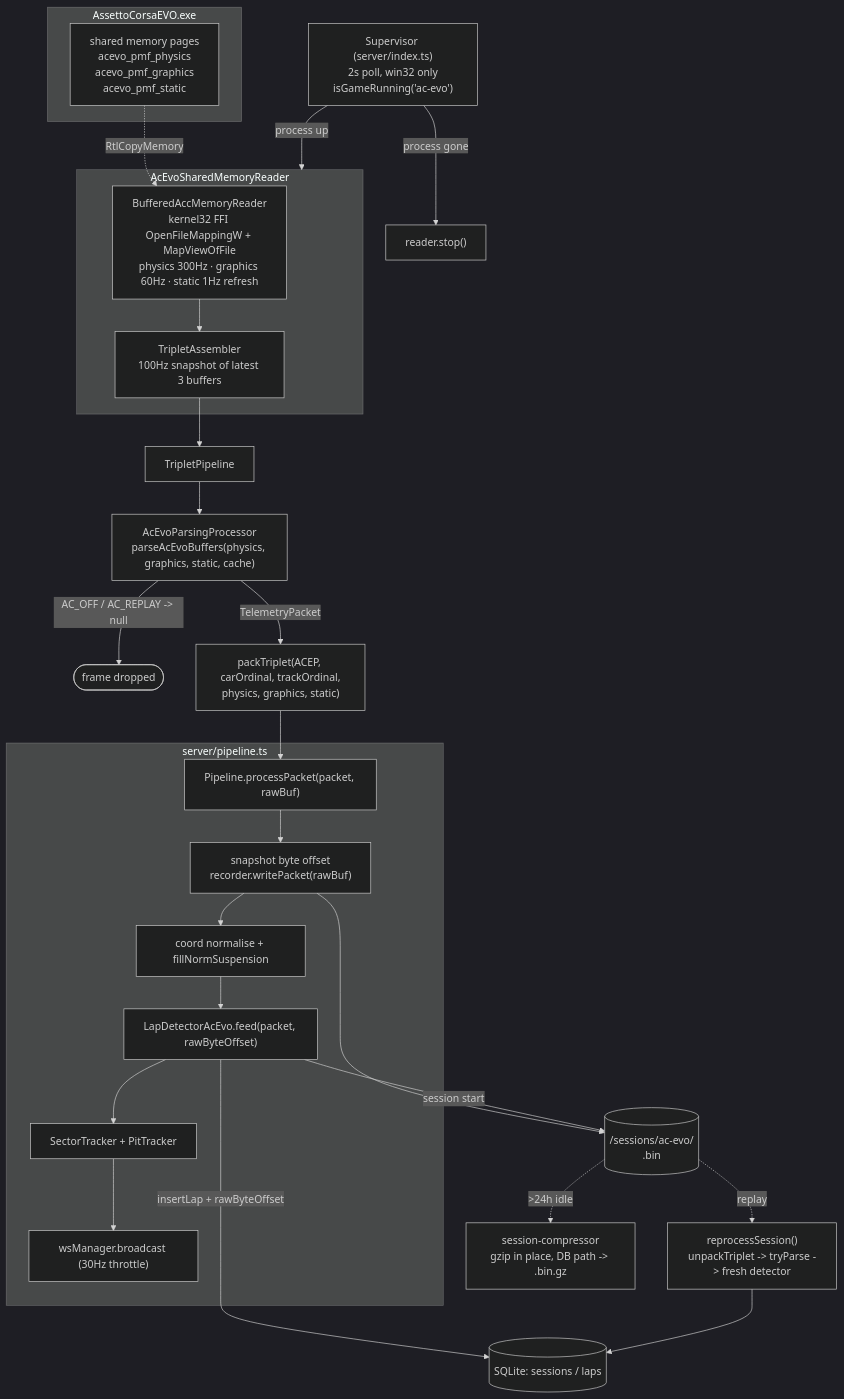
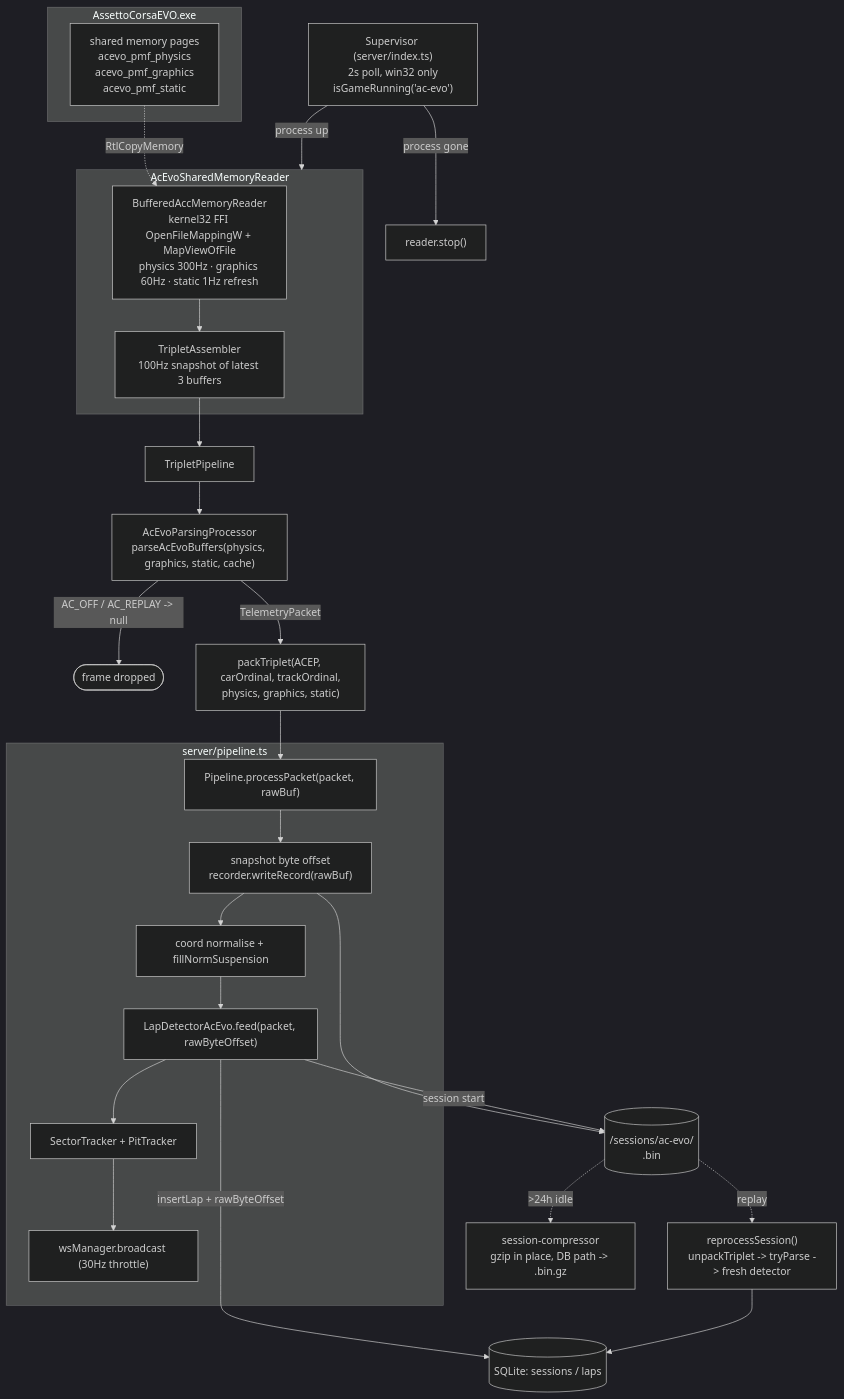
Before and after one commit to SpeedHQ/RaceIQ: the diagram in docs/ac-evo-recording-pipeline.md, drawn with Mermaid (dark theme). The commit also changed other lines of this file and 30 other files, not shown here.

````diff
--- a/docs/ac-evo-recording-pipeline.md
+++ b/docs/ac-evo-recording-pipeline.md
@@ -43,41 +43,41 @@
 ```mermaid
 flowchart TD
     subgraph game["AssettoCorsaEVO.exe"]
         SHM["shared memory pages<br/>acevo_pmf_physics<br/>acevo_pmf_graphics<br/>acevo_pmf_static"]
     end
 
     SUP["Supervisor (server/index.ts)<br/>2s poll, win32 only<br/>isGameRunning('ac-evo')"]
     SUP -->|process up| READER
     SUP -->|process gone| STOP["reader.stop()"]
 
     subgraph READER["AcEvoSharedMemoryReader"]
         BR["BufferedAccMemoryReader<br/>kernel32 FFI OpenFileMappingW + MapViewOfFile<br/>physics 300Hz · graphics 60Hz · static 1Hz refresh"]
         TA["TripletAssembler<br/>100Hz snapshot of latest 3 buffers"]
         BR --> TA
     end
 
     SHM -.->|RtlCopyMemory| BR
 
     TA --> TP["TripletPipeline"]
     TP --> PARSE["AcEvoParsingProcessor<br/>parseAcEvoBuffers(physics, graphics, static, cache)"]
 
     PARSE -->|AC_OFF / AC_REPLAY -> null| DROP(["frame dropped"])
     PARSE -->|TelemetryPacket| PACK["packTriplet(ACEP, carOrdinal, trackOrdinal,<br/>physics, graphics, static)"]
     PACK --> PP["Pipeline.processPacket(packet, rawBuf)"]
 
     subgraph PIPE["server/pipeline.ts"]
-        PP --> OFF["snapshot byte offset<br/>recorder.writePacket(rawBuf)"]
+        PP --> OFF["snapshot byte offset<br/>recorder.writeRecord(rawBuf)"]
         OFF --> NORM["coord normalise + fillNormSuspension"]
         NORM --> LD["LapDetectorAcEvo.feed(packet, rawByteOffset)"]
         LD --> ST["SectorTracker + PitTracker"]
         ST --> WS["wsManager.broadcast (30Hz throttle)"]
     end
 
     OFF --> SESSBIN[("<DATA_DIR>/sessions/ac-evo/<br/><timestamp>.bin")]
     LD -->|session start| SESSBIN
     LD -->|insertLap + rawByteOffset| DB[("SQLite: sessions / laps")]
 
     SESSBIN -.->|>24h idle| GZ["session-compressor<br/>gzip in place, DB path -> .bin.gz"]
     SESSBIN -.->|replay| RP["reprocessSession()<br/>unpackTriplet -> tryParse -> fresh detector"]
     RP --> DB
 ```
````
